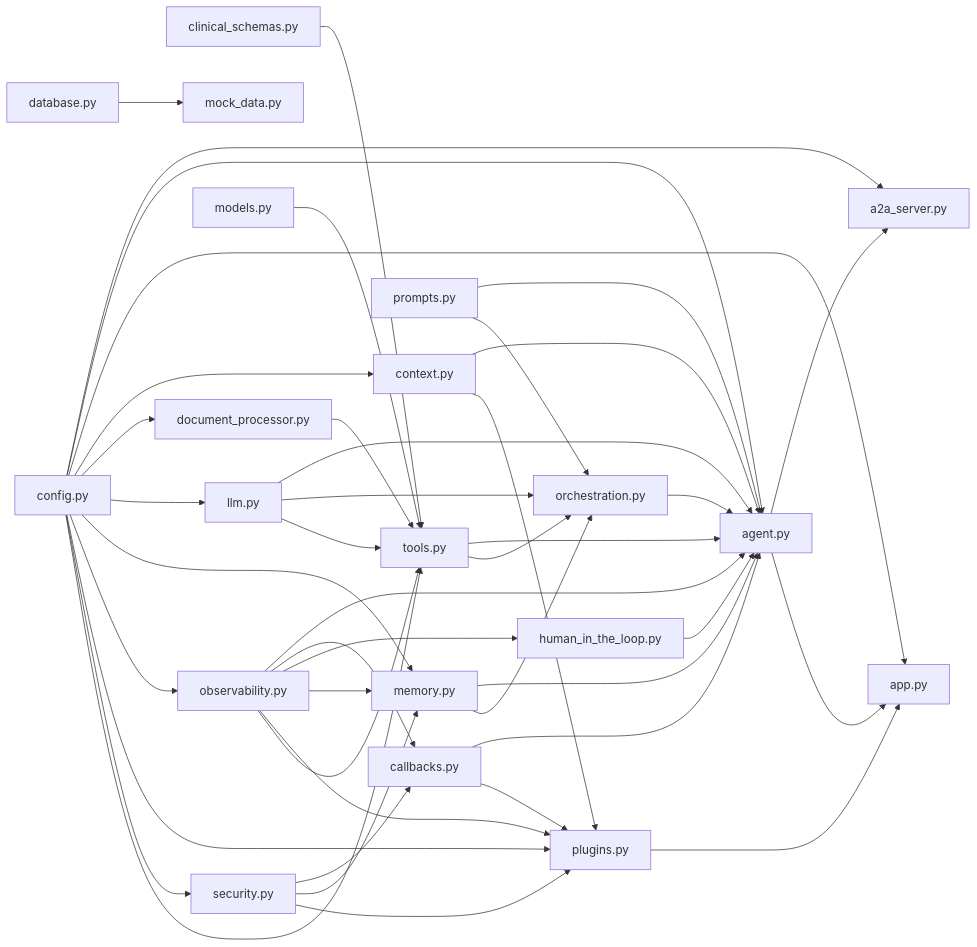
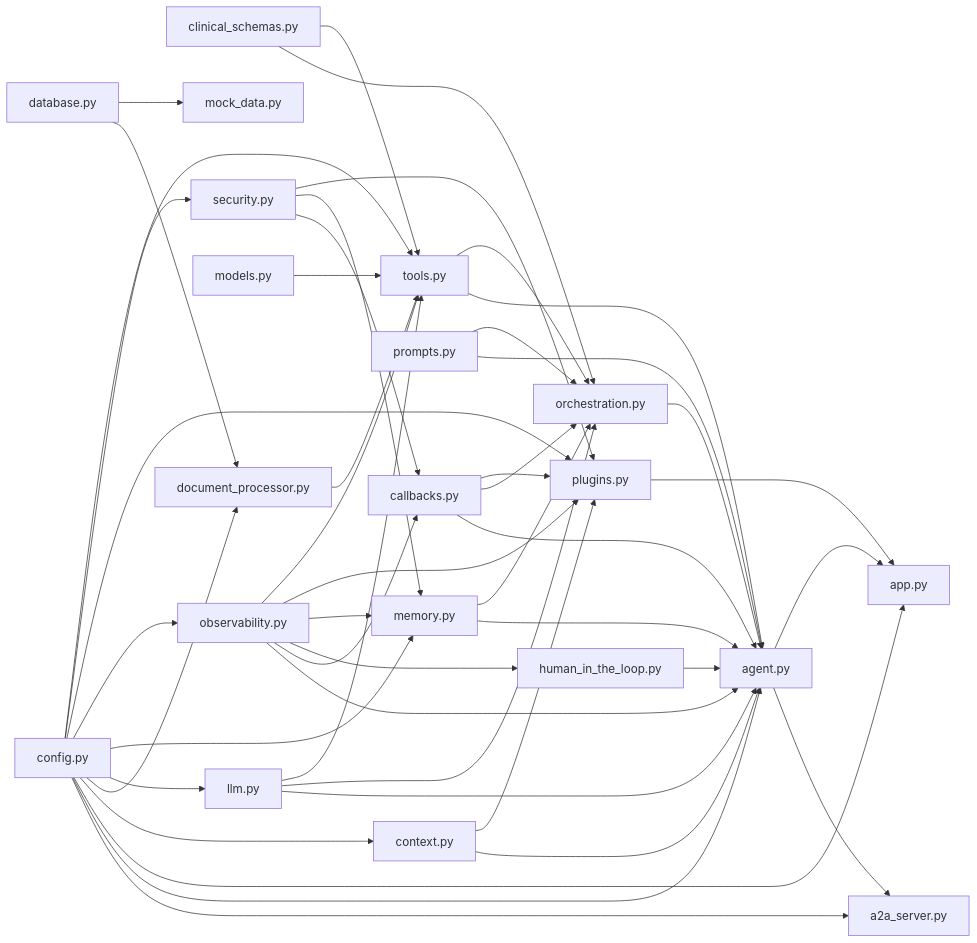
One commit to GeorgiNaydenov/Google-Capstone-Project changed the diagram in Project Wiki/02 Architecture/Module Dependency Graph.md. Above: the diagram before and after it, drawn with Mermaid. The commit also changed 31 other files, not shown here.

Commit message:
Implement live tenant integration, document extraction processing, clinical schemas, and UI workflow screens

````diff
--- a/Project Wiki/02 Architecture/Module Dependency Graph.md
+++ b/Project Wiki/02 Architecture/Module Dependency Graph.md
@@ -18,66 +18,69 @@
 ```mermaid
 flowchart LR
     a2a_server[a2a_server.py]
     agent[agent.py]
     app[app.py]
     callbacks[callbacks.py]
     clinical_schemas[clinical_schemas.py]
     config[config.py]
     context[context.py]
     database[database.py]
     document_processor[document_processor.py]
     human_in_the_loop[human_in_the_loop.py]
     llm[llm.py]
     memory[memory.py]
     mock_data[mock_data.py]
     models[models.py]
     observability[observability.py]
     orchestration[orchestration.py]
     plugins[plugins.py]
     prompts[prompts.py]
     security[security.py]
     tools[tools.py]
 
     agent --> a2a_server
     agent --> app
     callbacks --> agent
+    callbacks --> orchestration
     callbacks --> plugins
+    clinical_schemas --> orchestration
     clinical_schemas --> tools
     config --> a2a_server
     config --> agent
     config --> app
     config --> context
     config --> document_processor
     config --> llm
     config --> memory
     config --> observability
     config --> plugins
     config --> security
     config --> tools
     context --> agent
     context --> plugins
+    database --> document_processor
     database --> mock_data
     document_processor --> tools
     human_in_the_loop --> agent
     llm --> agent
     llm --> orchestration
     llm --> tools
     memory --> agent
     memory --> orchestration
     models --> tools
     observability --> agent
     observability --> callbacks
     observability --> human_in_the_loop
     observability --> memory
     observability --> plugins
     observability --> tools
     orchestration --> agent
     plugins --> app
     prompts --> agent
     prompts --> orchestration
     security --> callbacks
     security --> memory
     security --> plugins
     tools --> agent
     tools --> orchestration
 ```
````
